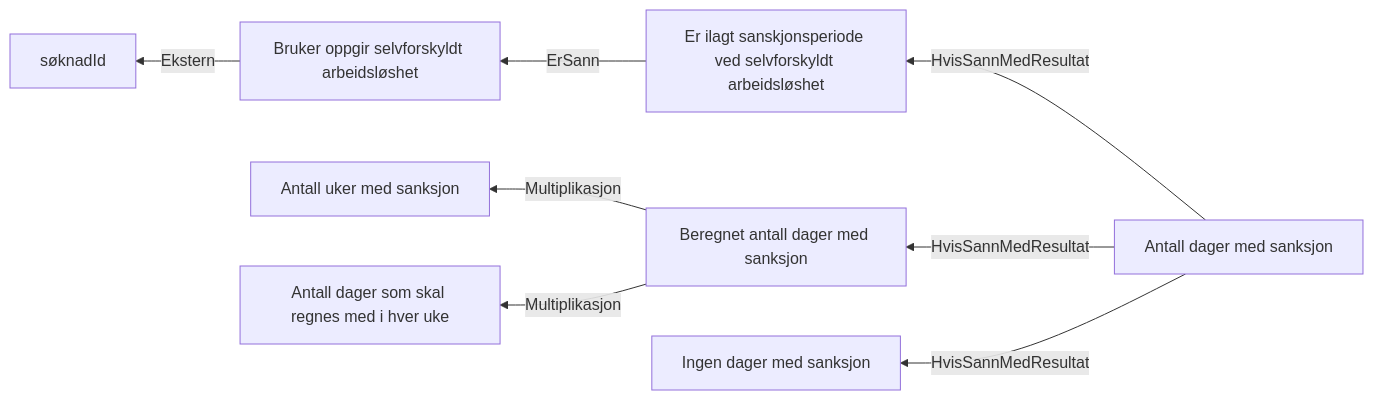
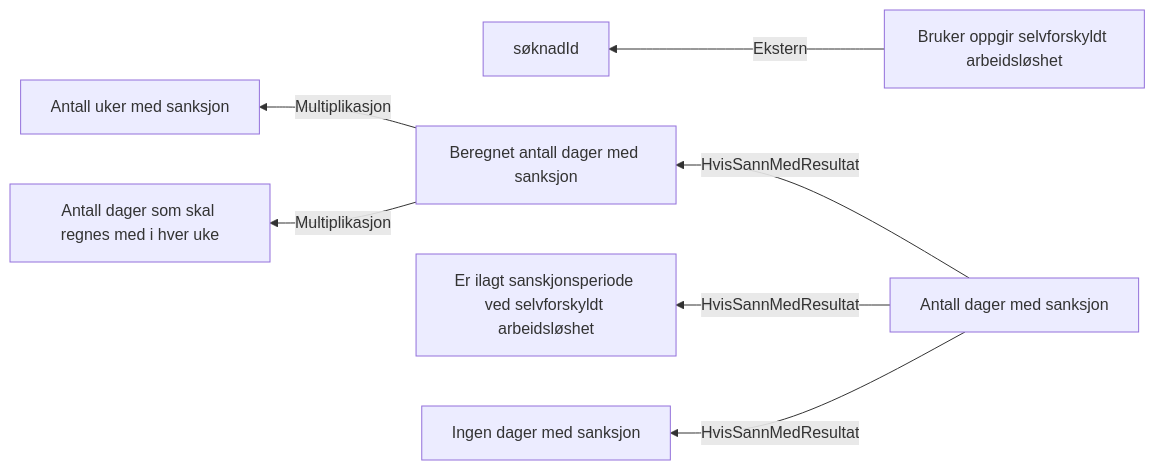
Before and after one commit to navikt/dp-behandling: the diagram in docs/regler/§ 4-10 Sanksjonsperiode ved selvforskyldt arbeidsløshet.approved.md, drawn with Mermaid. The commit also changed 93 other files, not shown here.

````diff
--- a/docs/regler/§ 4-10 Sanksjonsperiode ved selvforskyldt arbeidsløshet.approved.md
+++ b/docs/regler/§ 4-10 Sanksjonsperiode ved selvforskyldt arbeidsløshet.approved.md
@@ -5,10 +5,9 @@
 ```mermaid
 graph RL
   A["Bruker oppgir selvforskyldt arbeidsløshet"] -->|"Ekstern"| B["søknadId"]
-  C["Er ilagt sanskjonsperiode ved selvforskyldt arbeidsløshet"] -->|"ErSann"| A["Bruker oppgir selvforskyldt arbeidsløshet"]
-  D["Beregnet antall dager med sanksjon"] -->|"Multiplikasjon"| E["Antall uker med sanksjon"]
-  D["Beregnet antall dager med sanksjon"] -->|"Multiplikasjon"| F["Antall dager som skal regnes med i hver uke"]
-  G["Antall dager med sanksjon"] -->|"HvisSannMedResultat"| C["Er ilagt sanskjonsperiode ved selvforskyldt arbeidsløshet"]
-  G["Antall dager med sanksjon"] -->|"HvisSannMedResultat"| D["Beregnet antall dager med sanksjon"]
-  G["Antall dager med sanksjon"] -->|"HvisSannMedResultat"| H["Ingen dager med sanksjon"]
+  C["Beregnet antall dager med sanksjon"] -->|"Multiplikasjon"| D["Antall uker med sanksjon"]
+  C["Beregnet antall dager med sanksjon"] -->|"Multiplikasjon"| E["Antall dager som skal regnes med i hver uke"]
+  F["Antall dager med sanksjon"] -->|"HvisSannMedResultat"| G["Er ilagt sanskjonsperiode ved selvforskyldt arbeidsløshet"]
+  F["Antall dager med sanksjon"] -->|"HvisSannMedResultat"| C["Beregnet antall dager med sanksjon"]
+  F["Antall dager med sanksjon"] -->|"HvisSannMedResultat"| H["Ingen dager med sanksjon"]
 ```
````
